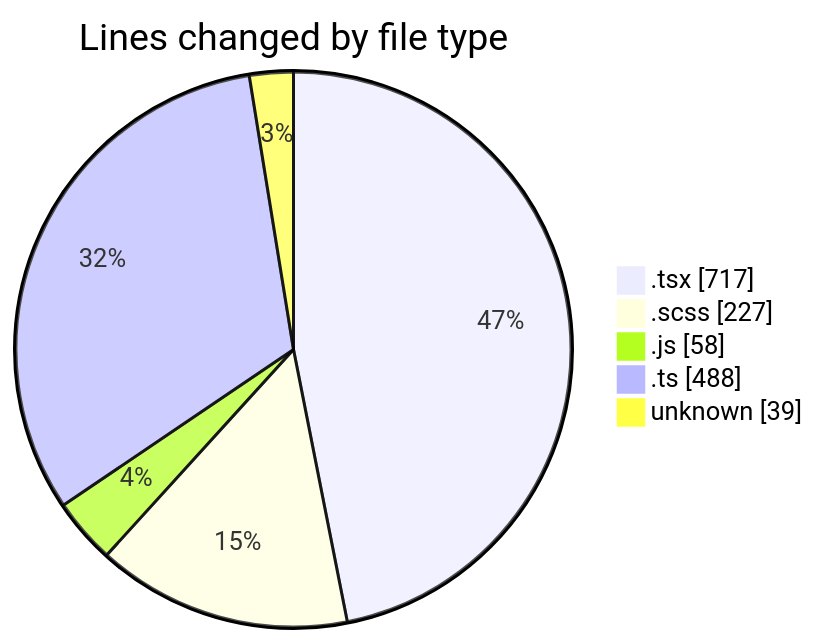
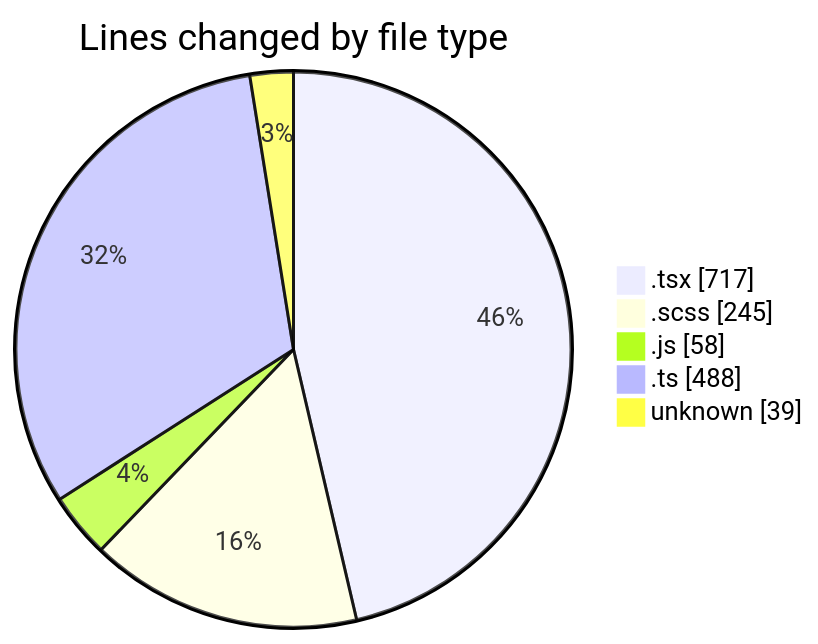
One commit to momahboobian/code-tracking changed the first of 2 diagrams in 2025-05-02/cda/README.md. Above: the diagram before and after it, drawn with Mermaid. The commit also changed other lines of this file and 1 other file, not shown here.

````diff
--- a/2025-05-02/cda/README.md
+++ b/2025-05-02/cda/README.md
@@ -28,9 +28,9 @@
 ```mermaid
 pie showData
 title Lines changed by file type
 ".tsx" : 717
-".scss" : 227
+".scss" : 245
 ".js" : 58
 ".ts" : 488
 "unknown" : 39
 ```
````
